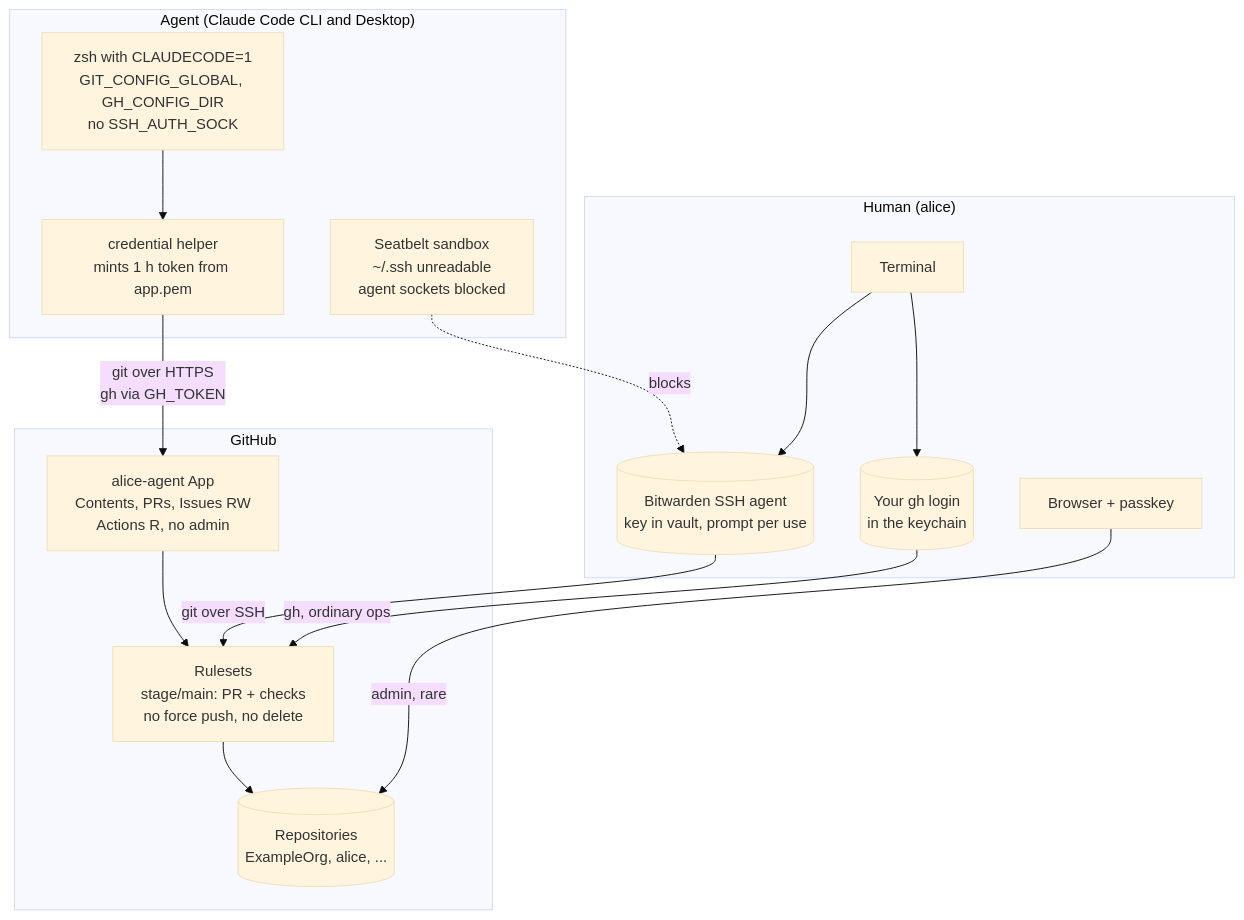
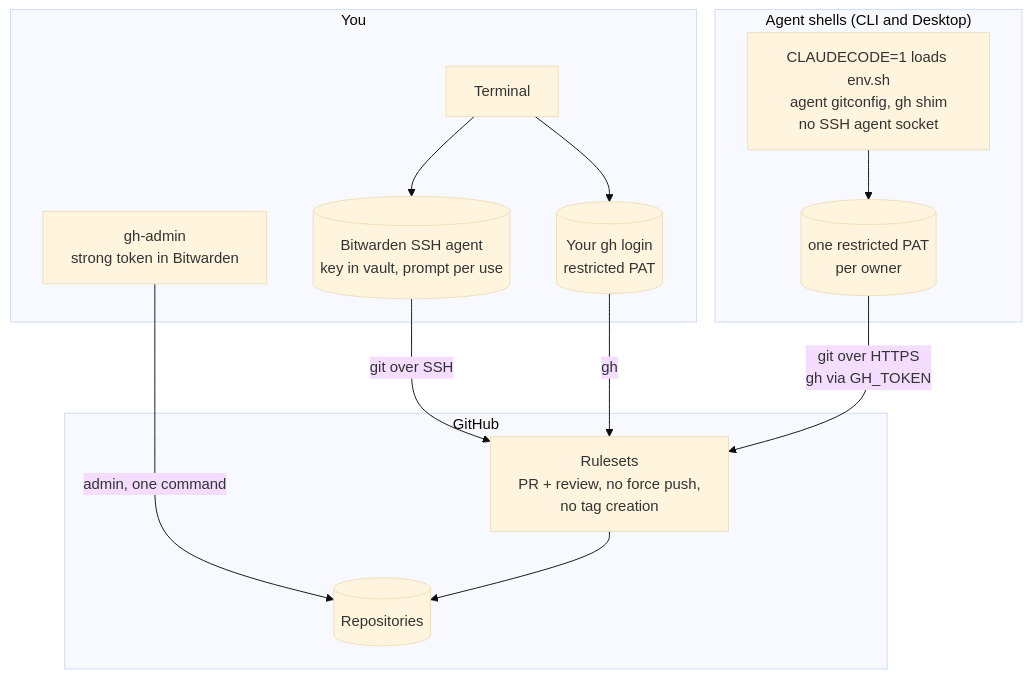
Before and after one commit to frontier159/github-app-setup: the second of 3 diagrams in README.md, drawn with Mermaid (base theme). The commit also changed other lines of this file and 8 other files, not shown here.

First line of the commit message:
Replace the GitHub App with restricted fine-grained PATs per owner

````diff
--- a/README.md
+++ b/README.md
@@ -82,25 +80,22 @@
 ```mermaid
 flowchart TB
-  subgraph human["Human (alice)"]
+  subgraph human["You"]
     HT["Terminal"]
     BW[("Bitwarden SSH agent<br/>key in vault, prompt per use")]
-    PAT[("Your gh login<br/>in the keychain")]
-    WEB["Browser + passkey"]
+    PAT[("Your gh login<br/>restricted PAT")]
+    ADM["gh-admin<br/>strong token in Bitwarden"]
   end
-  subgraph agent["Agent (Claude Code CLI and Desktop)"]
-    CS["zsh with CLAUDECODE=1<br/>GIT_CONFIG_GLOBAL, GH_CONFIG_DIR<br/>no SSH_AUTH_SOCK"]
-    HELPER["credential helper<br/>mints 1 h token from app.pem"]
-    SBX["Seatbelt sandbox<br/>~/.ssh unreadable<br/>agent sockets blocked"]
+  subgraph agent["Agent shells (CLI and Desktop)"]
+    ENV["CLAUDECODE=1 loads env.sh<br/>agent gitconfig, gh shim<br/>no SSH agent socket"]
+    TOK[("one restricted PAT<br/>per owner")]
   end
   subgraph github["GitHub"]
-    APP["alice-agent App<br/>Contents, PRs, Issues RW<br/>Actions R, no admin"]
-    RULES["Rulesets<br/>stage/main: PR + checks<br/>no force push, no delete"]
-    REPOS[("Repositories<br/>ExampleOrg, alice, ...")]
+    RULES["Rulesets<br/>PR + review, no force push,<br/>no tag creation"]
+    REPOS[("Repositories")]
   end
   HT --> BW -- "git over SSH" --> RULES
-  HT --> PAT -- "gh, ordinary ops" --> RULES
-  WEB -- "admin, rare" --> REPOS
-  CS --> HELPER -- "git over HTTPS<br/>gh via GH_TOKEN" --> APP --> RULES
-  SBX -.->|"blocks"| BW
+  HT --> PAT -- "gh" --> RULES
+  ADM -- "admin, one command" --> REPOS
+  ENV --> TOK -- "git over HTTPS<br/>gh via GH_TOKEN" --> RULES
   RULES --> REPOS
 ```
````
